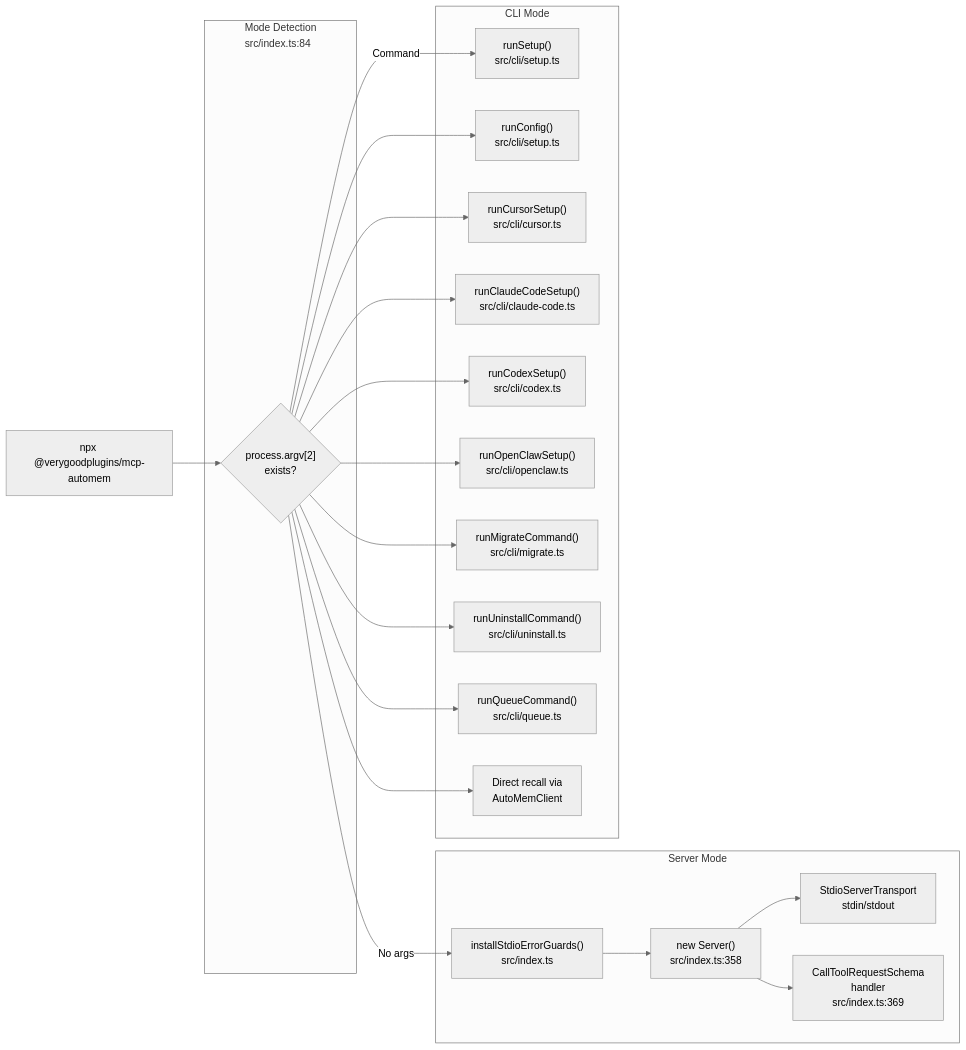
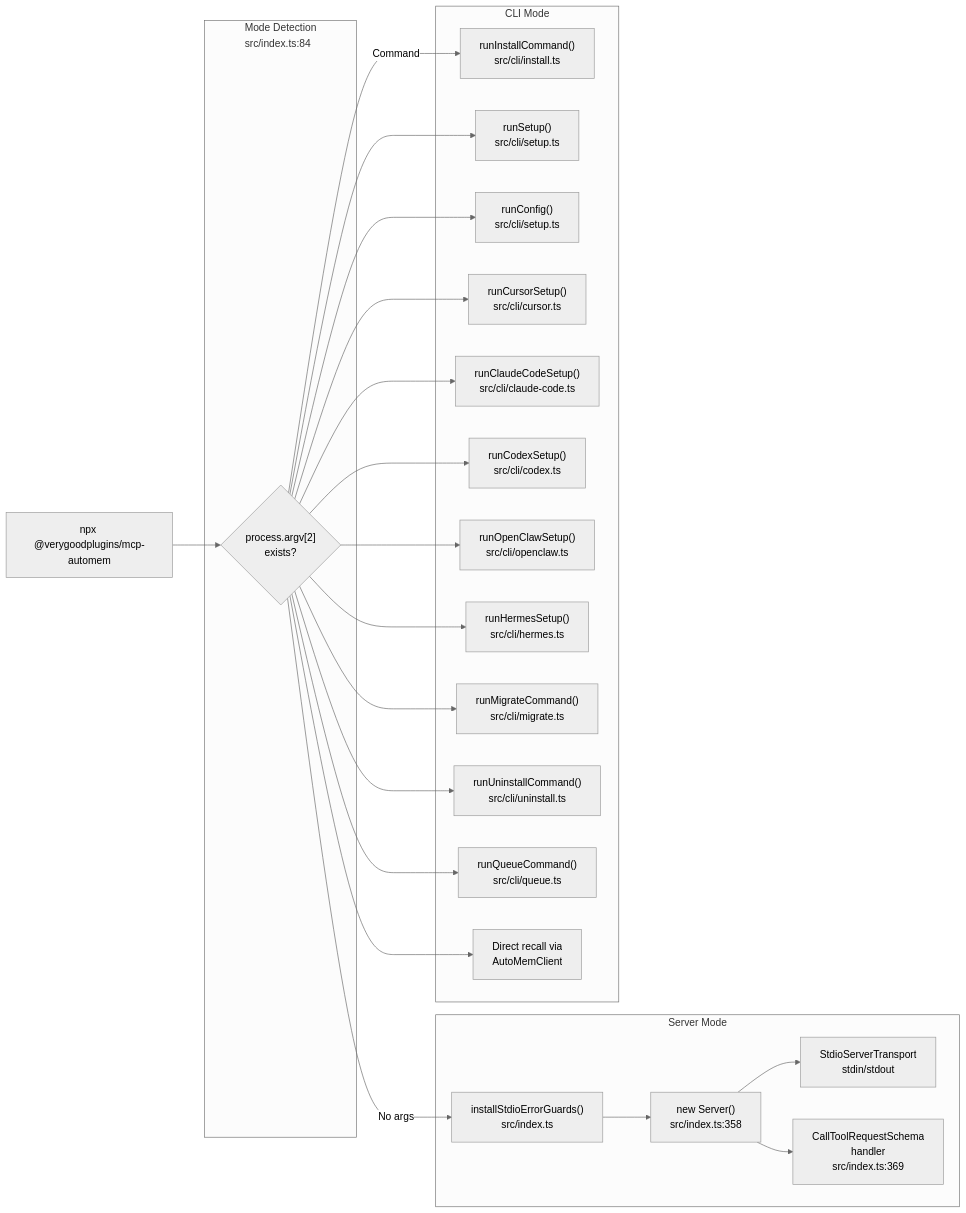
The second of 6 diagrams in src/content/docs/docs/architecture/mcp-bridge.md (verygoodplugins/automem-website), drawn with Mermaid (neutral theme) before and after one commit. The commit also changed other lines of this file and 12 other files, not shown here.

````diff
--- a/src/content/docs/docs/architecture/mcp-bridge.md
+++ b/src/content/docs/docs/architecture/mcp-bridge.md
@@ -81,46 +81,50 @@
 ```mermaid
 graph LR
     START["npx @verygoodplugins/mcp-automem"]
 
     subgraph Detection["Mode Detection<br/>src/index.ts:84"]
         CHECK{"process.argv[2]<br/>exists?"}
     end
 
     subgraph Server_Mode["Server Mode"]
         STDIO_GUARD["installStdioErrorGuards()<br/>src/index.ts"]
         MCP_SERVER["new Server()<br/>src/index.ts:358"]
         STDIO_TRANSPORT["StdioServerTransport<br/>stdin/stdout"]
         TOOL_HANDLER["CallToolRequestSchema<br/>handler<br/>src/index.ts:369"]
     end
 
     subgraph CLI_Mode["CLI Mode"]
+        INSTALL["runInstallCommand()<br/>src/cli/install.ts"]
         SETUP["runSetup()<br/>src/cli/setup.ts"]
         CONFIG["runConfig()<br/>src/cli/setup.ts"]
         CURSOR["runCursorSetup()<br/>src/cli/cursor.ts"]
         CLAUDE_CODE["runClaudeCodeSetup()<br/>src/cli/claude-code.ts"]
         CODEX["runCodexSetup()<br/>src/cli/codex.ts"]
         OPENCLAW["runOpenClawSetup()<br/>src/cli/openclaw.ts"]
+        HERMES["runHermesSetup()<br/>src/cli/hermes.ts"]
         MIGRATE["runMigrateCommand()<br/>src/cli/migrate.ts"]
         UNINSTALL["runUninstallCommand()<br/>src/cli/uninstall.ts"]
         QUEUE["runQueueCommand()<br/>src/cli/queue.ts"]
         RECALL["Direct recall via<br/>AutoMemClient"]
     end
 
     START --> CHECK
     CHECK -->|"No args"| STDIO_GUARD
-    CHECK -->|"Command"| SETUP
+    CHECK -->|"Command"| INSTALL
 
     STDIO_GUARD --> MCP_SERVER
     MCP_SERVER --> STDIO_TRANSPORT
     MCP_SERVER --> TOOL_HANDLER
 
+    CHECK --> SETUP
     CHECK --> CONFIG
     CHECK --> CURSOR
     CHECK --> CLAUDE_CODE
     CHECK --> CODEX
     CHECK --> OPENCLAW
+    CHECK --> HERMES
     CHECK --> MIGRATE
     CHECK --> UNINSTALL
     CHECK --> QUEUE
     CHECK --> RECALL
 ```
````
